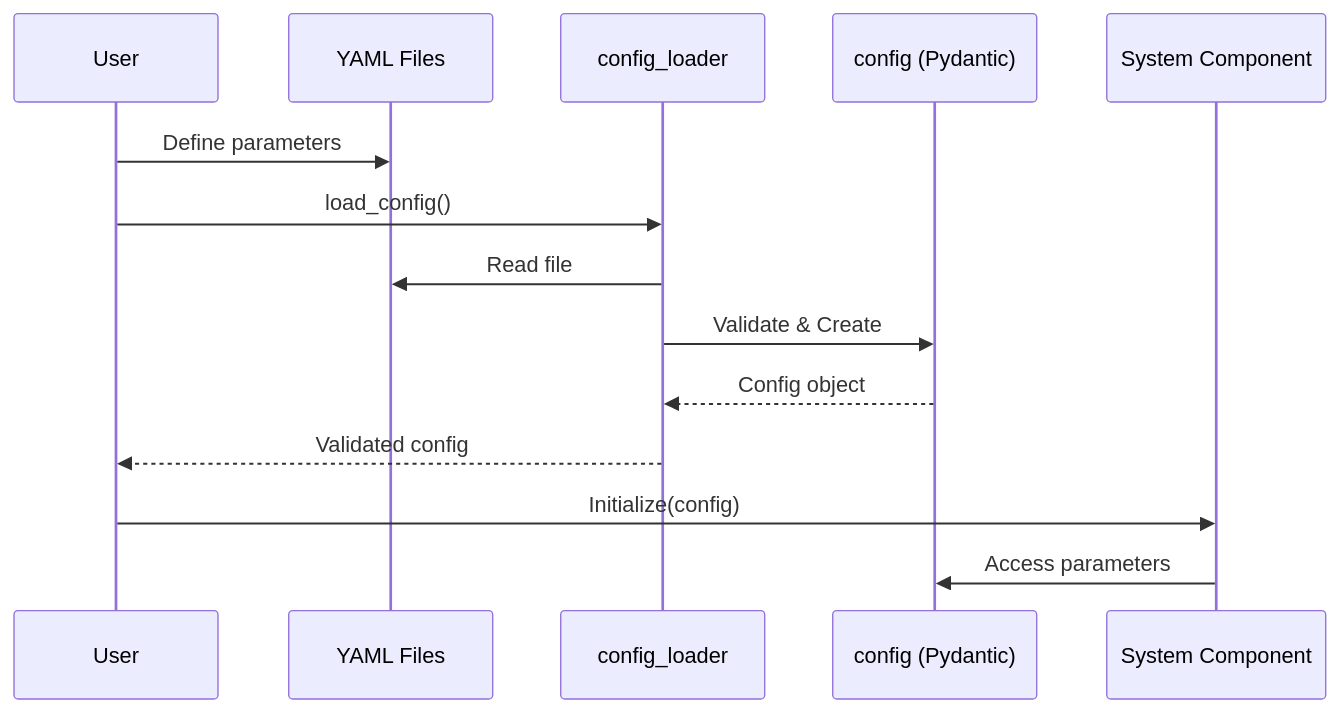
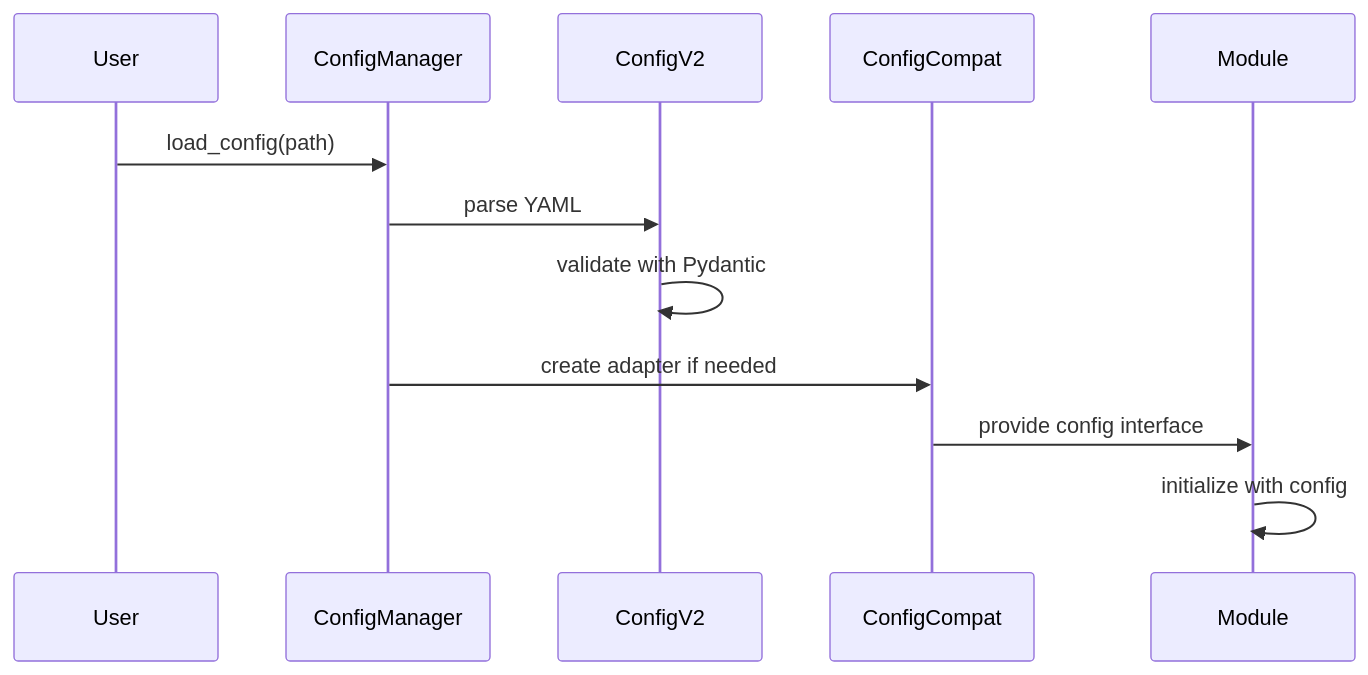
The second of 5 diagrams in ergodic_insurance/docs/architecture/module_overview.md (AlexFiliakov/Ergodic-Insurance-Limits), drawn with Mermaid before and after one commit. The commit also changed other lines of this file and 24 other files, not shown here.

````diff
--- a/ergodic_insurance/docs/architecture/module_overview.md
+++ b/ergodic_insurance/docs/architecture/module_overview.md
@@ -96,17 +139,15 @@
 ```mermaid
 sequenceDiagram
     participant User
-    participant YAML as YAML Files
-    participant Loader as config_loader
-    participant Config as config (Pydantic)
-    participant Component as System Component
+    participant ConfigManager
+    participant ConfigV2
+    participant ConfigCompat
+    participant Module
 
-    User->>YAML: Define parameters
-    User->>Loader: load_config()
-    Loader->>YAML: Read file
-    Loader->>Config: Validate & Create
-    Config-->>Loader: Config object
-    Loader-->>User: Validated config
-    User->>Component: Initialize(config)
-    Component->>Config: Access parameters
+    User->>ConfigManager: load_config(path)
+    ConfigManager->>ConfigV2: parse YAML
+    ConfigV2->>ConfigV2: validate with Pydantic
+    ConfigManager->>ConfigCompat: create adapter if needed
+    ConfigCompat->>Module: provide config interface
+    Module->>Module: initialize with config
 ```
````
